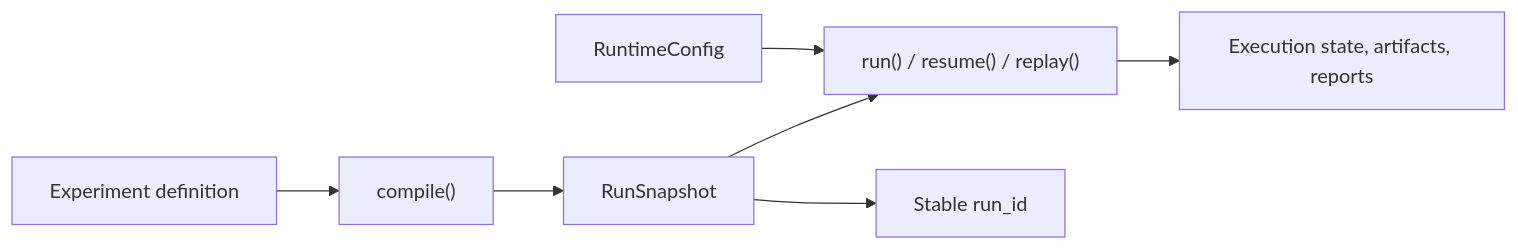
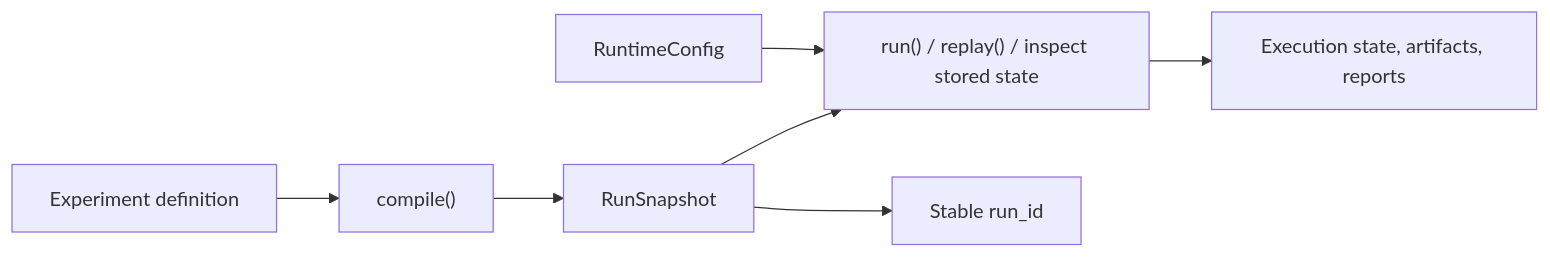
One commit to Pittawat2542/themis changed the diagram in docs/explanation/compile-vs-run.md. Above: the diagram before and after it, drawn with Mermaid. The commit also changed 29 other files, not shown here.

````diff
--- a/docs/explanation/compile-vs-run.md
+++ b/docs/explanation/compile-vs-run.md
@@ -20,9 +20,9 @@
 ```mermaid
 flowchart LR
     A["Experiment definition"] --> B["compile()"]
     B --> C["RunSnapshot"]
-    C --> D["run() / resume() / replay()"]
+    C --> D["run() / replay() / inspect stored state"]
     E["RuntimeConfig"] --> D
     C --> F["Stable run_id"]
     D --> G["Execution state, artifacts, reports"]
 ```
````
